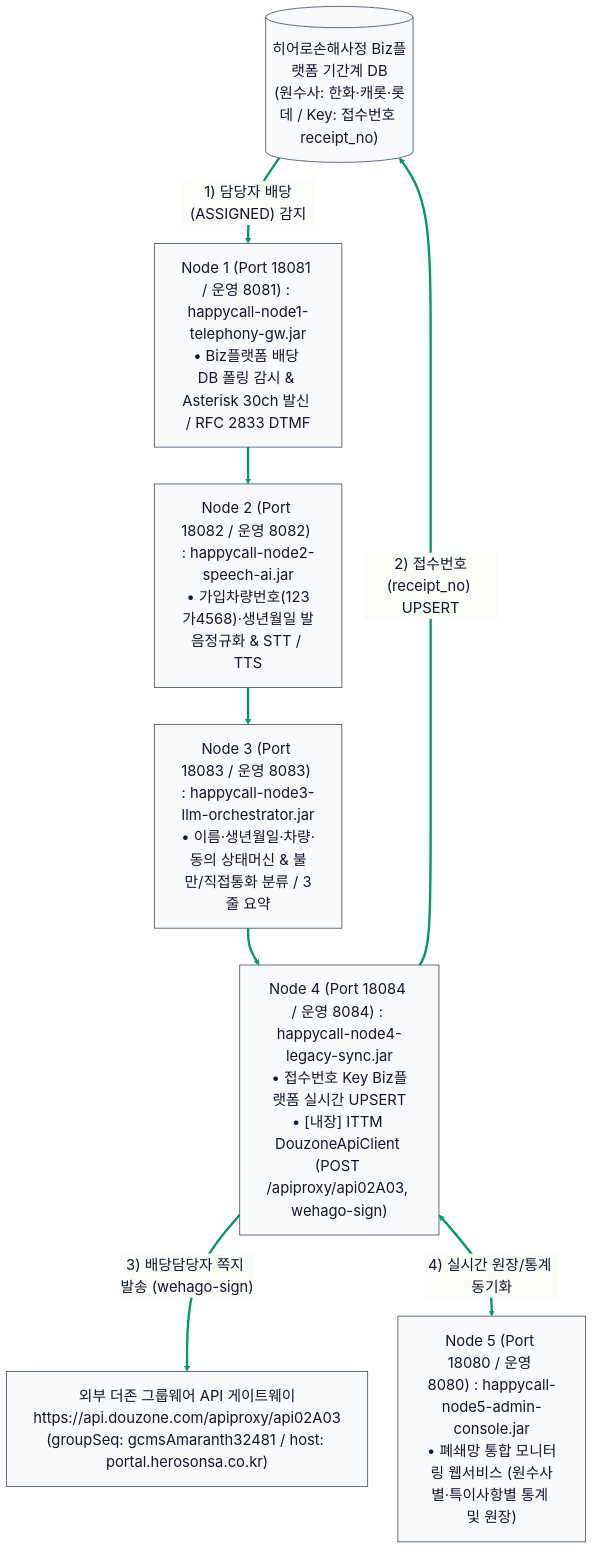
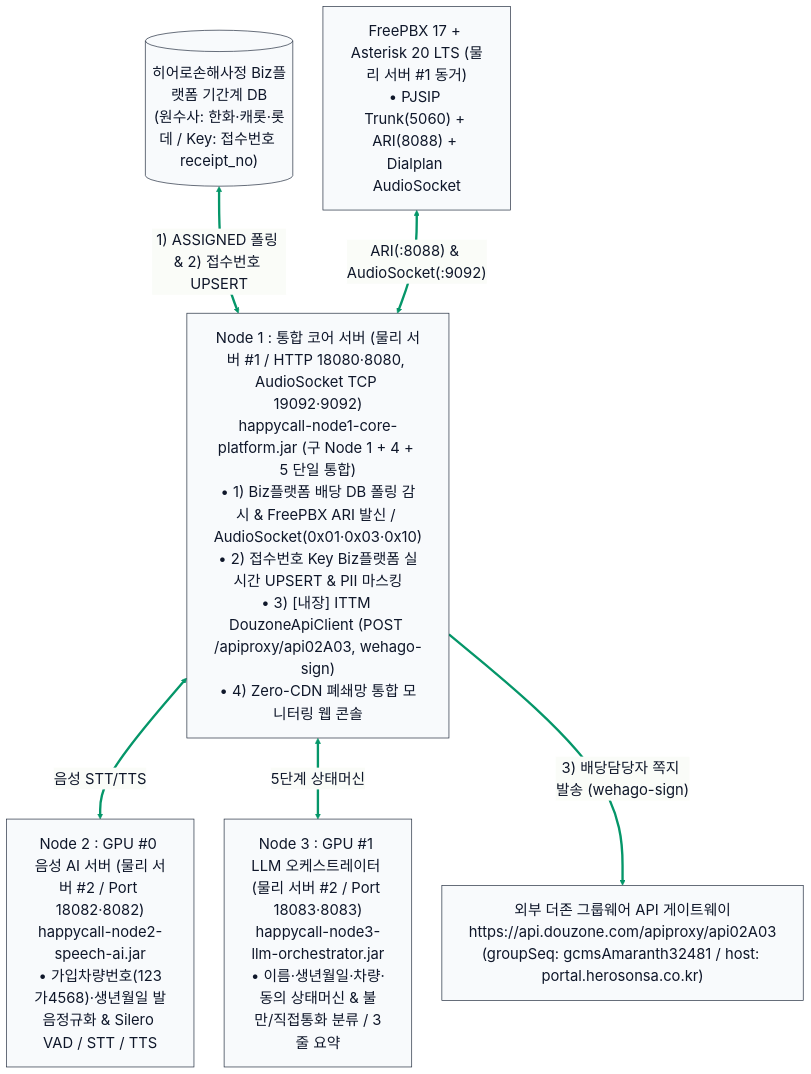
The second of 2 diagrams in dist/docs/04_AI_자동_해피콜_서비스_상세구축계획서.md (herosonsa1/AI_HappyCall), drawn with Mermaid before and after one commit. The commit also changed other lines of this file and 88 other files, not shown here.

Commit message:
feat: consolidate Node 1+4+5 into unified Node 1 Core Platform (3-Node / 2 physical servers) and add FreePBX 17 AudioSocket/ARI implementation & docs

````diff
--- a/dist/docs/04_AI_자동_해피콜_서비스_상세구축계획서.md
+++ b/dist/docs/04_AI_자동_해피콜_서비스_상세구축계획서.md
@@ -157,32 +107,31 @@
 ```mermaid
 %%{init: {
   'theme': 'base',
   'themeVariables': {
     'fontSize': '22px',
     'fontFamily': 'Pretendard, Malgun Gothic, sans-serif',
     'primaryColor': '#f8fafc',
     'primaryTextColor': '#0f172a',
     'primaryBorderColor': '#1e293b',
     'lineColor': '#059669'
   },
   'flowchart': {
     'nodeSpacing': 45,
     'rankSpacing': 55,
     'padding': 20
   }
 }}%%
 flowchart TD
     BIZDB[("히어로손해사정 Biz플랫폼 기간계 DB\n(원수사: 한화·캐롯·롯데 / Key: 접수번호 receipt_no)")]
-    N1["Node 1 (Port 18081 / 운영 8081) : happycall-node1-telephony-gw.jar\n• Biz플랫폼 배당 DB 폴링 감시 & Asterisk 30ch 발신 / RFC 2833 DTMF"]
-    N2["Node 2 (Port 18082 / 운영 8082) : happycall-node2-speech-ai.jar\n• 가입차량번호(123가4568)·생년월일 발음정규화 & STT / TTS"]
-    N3["Node 3 (Port 18083 / 운영 8083) : happycall-node3-llm-orchestrator.jar\n• 이름·생년월일·차량·동의 상태머신 & 불만/직접통화 분류 / 3줄 요약"]
-    N4["Node 4 (Port 18084 / 운영 8084) : happycall-node4-legacy-sync.jar\n• 접수번호 Key Biz플랫폼 실시간 UPSERT\n• [내장] ITTM DouzoneApiClient (POST /apiproxy/api02A03, wehago-sign)"]
+    FPBX["FreePBX 17 + Asterisk 20 LTS (물리 서버 #1 동거)\n• PJSIP Trunk(5060) + ARI(8088) + Dialplan AudioSocket"]
+    N1["Node 1 : 통합 코어 서버 (물리 서버 #1 / HTTP 18080·8080, AudioSocket TCP 19092·9092)\nhappycall-node1-core-platform.jar (구 Node 1 + 4 + 5 단일 통합)\n• 1) Biz플랫폼 배당 DB 폴링 감시 & FreePBX ARI 발신 / AudioSocket(0x01·0x03·0x10)\n• 2) 접수번호 Key Biz플랫폼 실시간 UPSERT & PII 마스킹\n• 3) [내장] ITTM DouzoneApiClient (POST /apiproxy/api02A03, wehago-sign)\n• 4) Zero-CDN 폐쇄망 통합 모니터링 웹 콘솔"]
+    N2["Node 2 : GPU #0 음성 AI 서버 (물리 서버 #2 / Port 18082·8082)\nhappycall-node2-speech-ai.jar\n• 가입차량번호(123가4568)·생년월일 발음정규화 & Silero VAD / STT / TTS"]
+    N3["Node 3 : GPU #1 LLM 오케스트레이터 (물리 서버 #2 / Port 18083·8083)\nhappycall-node3-llm-orchestrator.jar\n• 이름·생년월일·차량·동의 상태머신 & 불만/직접통화 분류 / 3줄 요약"]
     DZAPI["외부 더존 그룹웨어 API 게이트웨이\nhttps://api.douzone.com/apiproxy/api02A03\n(groupSeq: gcmsAmaranth32481 / host: portal.herosonsa.co.kr)"]
-    N5["Node 5 (Port 18080 / 운영 8080) : happycall-node5-admin-console.jar\n• 폐쇄망 통합 모니터링 웹서비스 (원수사별·특이사항별 통계 및 원장)"]
 
-    BIZDB ==>|"1) 담당자 배당(ASSIGNED) 감지"| N1
-    N1 ==> N2 ==> N3 ==> N4
-    N4 ==>|"2) 접수번호(receipt_no) UPSERT"| BIZDB
-    N4 ==>|"3) 배당담당자 쪽지 발송 (wehago-sign)"| DZAPI
-    N4 <==>|"4) 실시간 원장/통계 동기화"| N5
+    BIZDB <==>|"1) ASSIGNED 폴링 & 2) 접수번호 UPSERT"| N1
+    FPBX <==>|"ARI(:8088) & AudioSocket(:9092)"| N1
+    N1 <==>|"음성 STT/TTS"| N2
+    N1 <==>|"5단계 상태머신"| N3
+    N1 ==>|"3) 배당담당자 쪽지 발송 (wehago-sign)"| DZAPI
 ```
````
